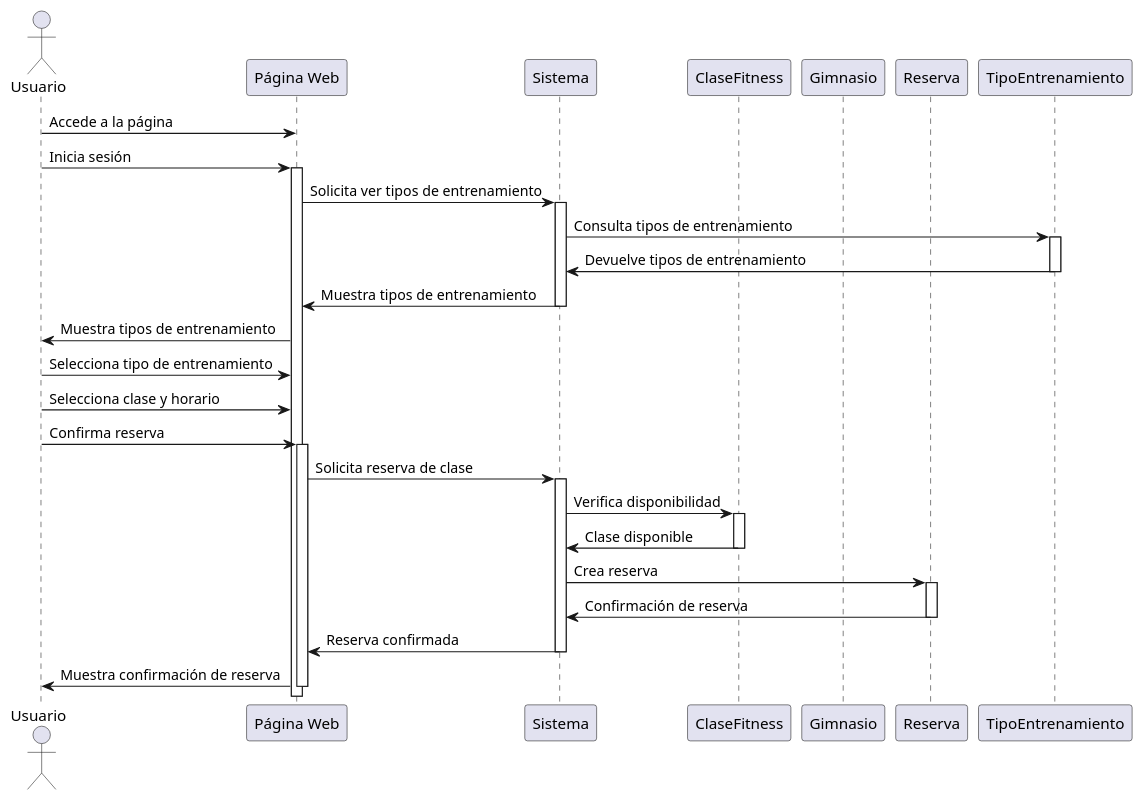
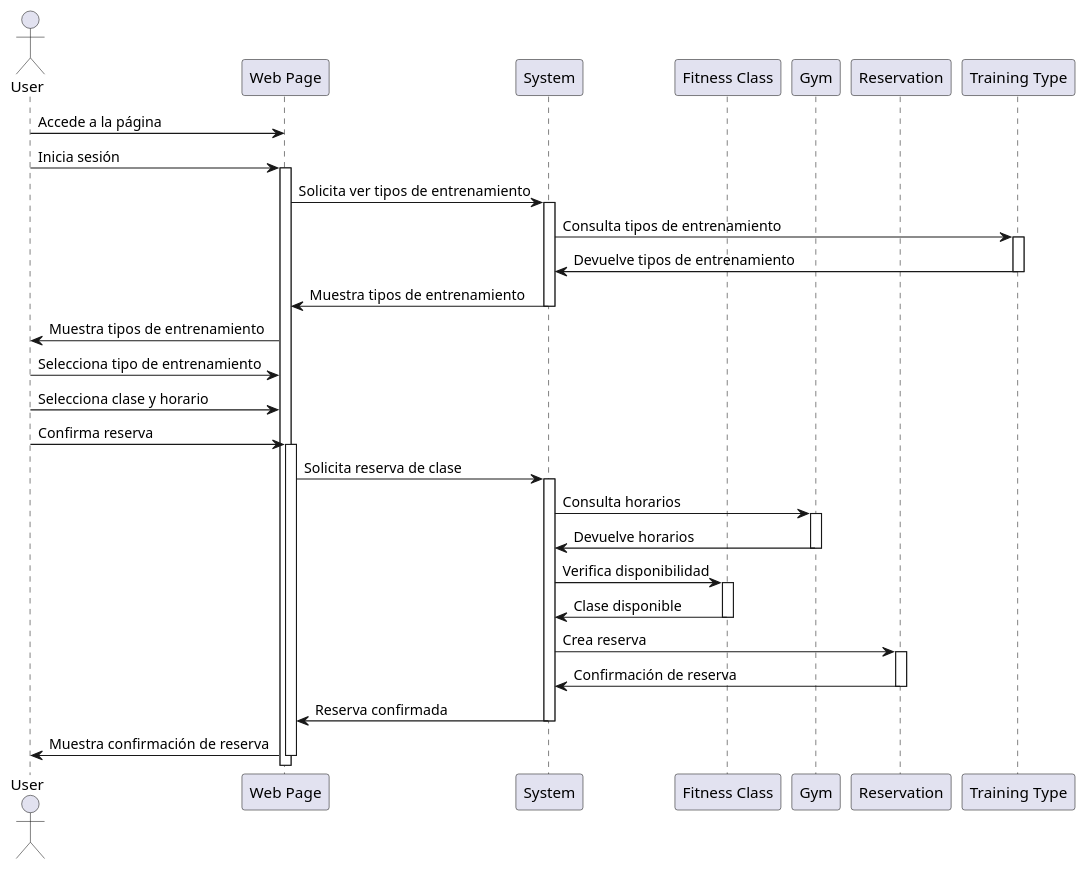
The diagram in doc/secuencia.puml (joaquinpiastre/Power-App), drawn with PlantUML before and after one commit. The commit also changed 9 other files, not shown here.

Commit message:
Trabajamos en la clase User y cambios en los diagramas

```diff
--- a/doc/secuencia.puml
+++ b/doc/secuencia.puml
@@ -1,47 +1,51 @@
-@startuml Diagrama de secuencia PowerAPP
+@startuml PowerAPP Sequence diagram
 
-actor Usuario
-participant "Página Web" as PaginaWeb
-participant "Sistema" as Sistema
-participant "ClaseFitness" as Clase
-participant "Gimnasio" as Gimnasio
-participant "Reserva" as Reserva
-participant "TipoEntrenamiento" as TipoEntrenamiento
+actor User
+participant "Web Page" as WebPage
+participant "System" as System
+participant "Fitness Class" as Class
+participant "Gym" as Gym
+participant "Reservation" as Reservation
+participant "Training Type" as TrainingType
 
-Usuario -> PaginaWeb: Accede a la página
-Usuario -> PaginaWeb: Inicia sesión
+User -> WebPage: Accede a la página
+User -> WebPage: Inicia sesión
 
-activate PaginaWeb
-PaginaWeb -> Sistema: Solicita ver tipos de entrenamiento
+activate WebPage
+WebPage -> System: Solicita ver tipos de entrenamiento
 
-activate Sistema
-Sistema -> TipoEntrenamiento: Consulta tipos de entrenamiento
-activate TipoEntrenamiento
-TipoEntrenamiento -> Sistema: Devuelve tipos de entrenamiento
-deactivate TipoEntrenamiento
-Sistema -> PaginaWeb: Muestra tipos de entrenamiento
-deactivate Sistema
-PaginaWeb -> Usuario: Muestra tipos de entrenamiento
+activate System
+System -> TrainingType: Consulta tipos de entrenamiento
+activate TrainingType
+TrainingType -> System: Devuelve tipos de entrenamiento
+deactivate TrainingType
+System -> WebPage: Muestra tipos de entrenamiento
+deactivate System
+WebPage -> User: Muestra tipos de entrenamiento
 
-Usuario -> PaginaWeb: Selecciona tipo de entrenamiento
-Usuario -> PaginaWeb: Selecciona clase y horario
-Usuario -> PaginaWeb: Confirma reserva
+User -> WebPage: Selecciona tipo de entrenamiento
+User -> WebPage: Selecciona clase y horario
+User -> WebPage: Confirma reserva
 
-activate PaginaWeb
-PaginaWeb -> Sistema: Solicita reserva de clase
-activate Sistema
-Sistema -> Clase: Verifica disponibilidad
-activate Clase
-Clase -> Sistema: Clase disponible
-deactivate Clase
-Sistema -> Reserva: Crea reserva
-activate Reserva
-Reserva -> Sistema: Confirmación de reserva
-deactivate Reserva
-Sistema -> PaginaWeb: Reserva confirmada
-deactivate Sistema
-PaginaWeb -> Usuario: Muestra confirmación de reserva
+activate WebPage
+WebPage -> System: Solicita reserva de clase
+activate System
+System -> Gym: Consulta horarios
+activate Gym
+Gym -> System: Devuelve horarios
+deactivate Gym
+System -> Class: Verifica disponibilidad
+activate Class
+Class -> System: Clase disponible
+deactivate Class
+System -> Reservation: Crea reserva
+activate Reservation
+Reservation -> System: Confirmación de reserva
+deactivate Reservation
+System -> WebPage: Reserva confirmada
+deactivate System
+WebPage -> User: Muestra confirmación de reserva
 
-deactivate PaginaWeb
+deactivate WebPage
 
 @enduml
```
